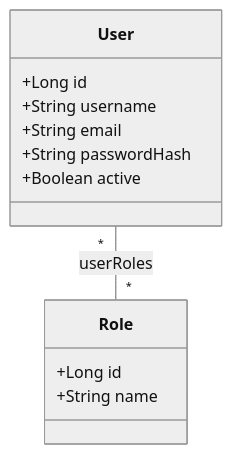
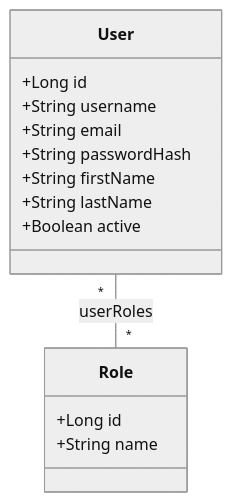
Before and after one commit to kirtika-0102/StockSmart: the first of 9 diagrams in docs/class-diagram.md, drawn with Mermaid (neutral theme). The commit also changed other lines of this file and 198 other files, not shown here.

````diff
--- a/docs/class-diagram.md
+++ b/docs/class-diagram.md
@@ -7,15 +7,17 @@
 ```mermaid
 classDiagram
     class User {
         +Long id
         +String username
         +String email
         +String passwordHash
+        +String firstName
+        +String lastName
         +Boolean active
     }
     class Role {
         +Long id
         +String name
     }
     User "*" -- "*" Role : userRoles
 ```
````
